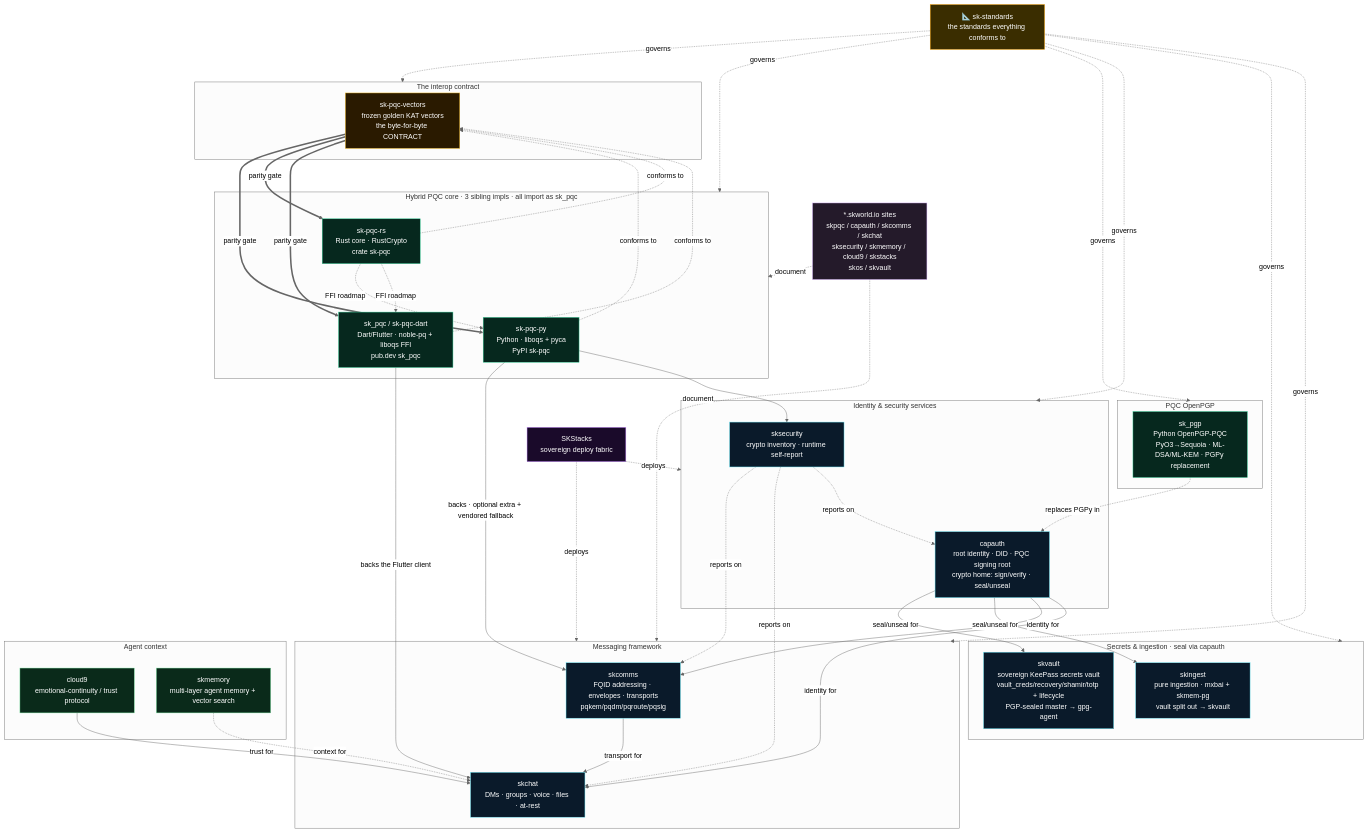
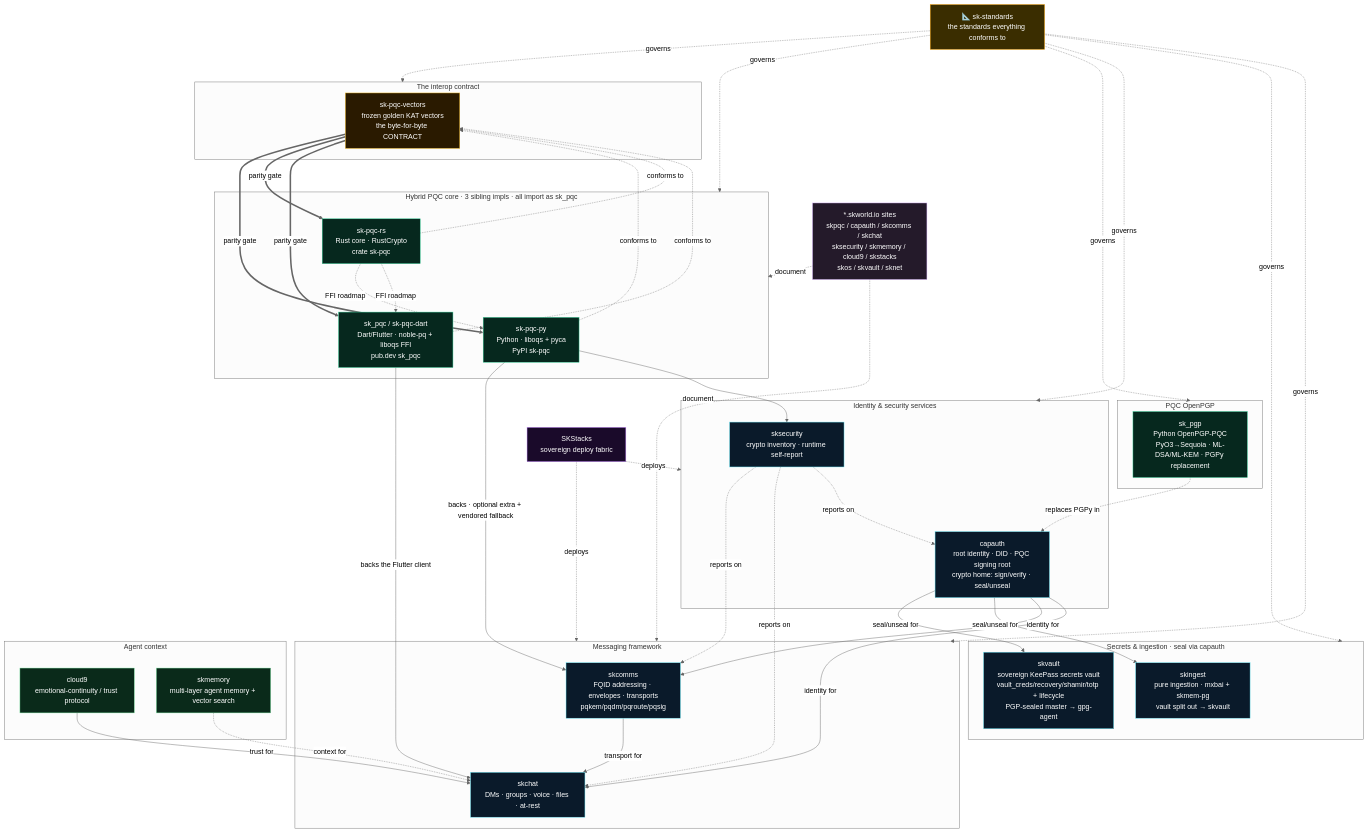
The diagram in ECOSYSTEM.md (smilinTux/sk-standards), drawn with Mermaid (neutral theme) before and after one commit. The commit also changed other lines of this file, not shown here.

Commit message:
docs(ecosystem): add sknet.skworld.io to the skworld.io sites (#76)

```diff
--- a/ECOSYSTEM.md
+++ b/ECOSYSTEM.md
@@ -60,7 +60,7 @@
     end
 
     INFRA[SKStacks<br/>sovereign deploy fabric]:::infra
-    SITES[*.skworld.io sites<br/>skpqc / capauth / skcomms / skchat<br/>sksecurity / skmemory / cloud9 / skstacks<br/>skos / skvault]:::site
+    SITES[*.skworld.io sites<br/>skpqc / capauth / skcomms / skchat<br/>sksecurity / skmemory / cloud9 / skstacks<br/>skos / skvault / sknet]:::site
 
     %% --- interop contract: vectors is the parity gate the 3 impls satisfy ---
     PY -. conforms to .-> VEC
```
